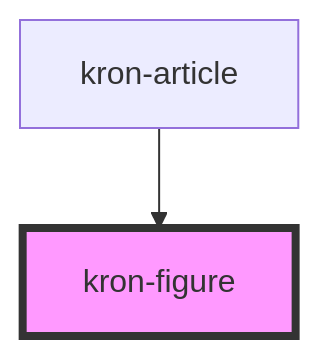
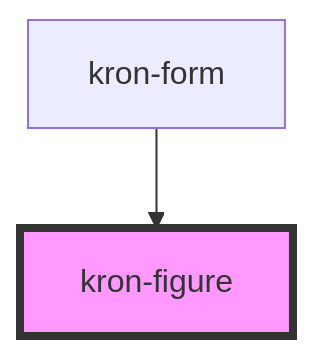
The diagram in kron-ui-framework/src/components/kron-figure/readme.md (kamiifx/DataFrameworks), drawn with Mermaid before and after one commit. The commit also changed other lines of this file and 9 other files, not shown here.

````diff
--- a/kron-ui-framework/src/components/kron-figure/readme.md
+++ b/kron-ui-framework/src/components/kron-figure/readme.md
@@ -24,5 +22,5 @@
 ```mermaid
 graph TD;
-  kron-article --> kron-figure
+  kron-form --> kron-figure
   style kron-figure fill:#f9f,stroke:#333,stroke-width:4px
 ```
````
